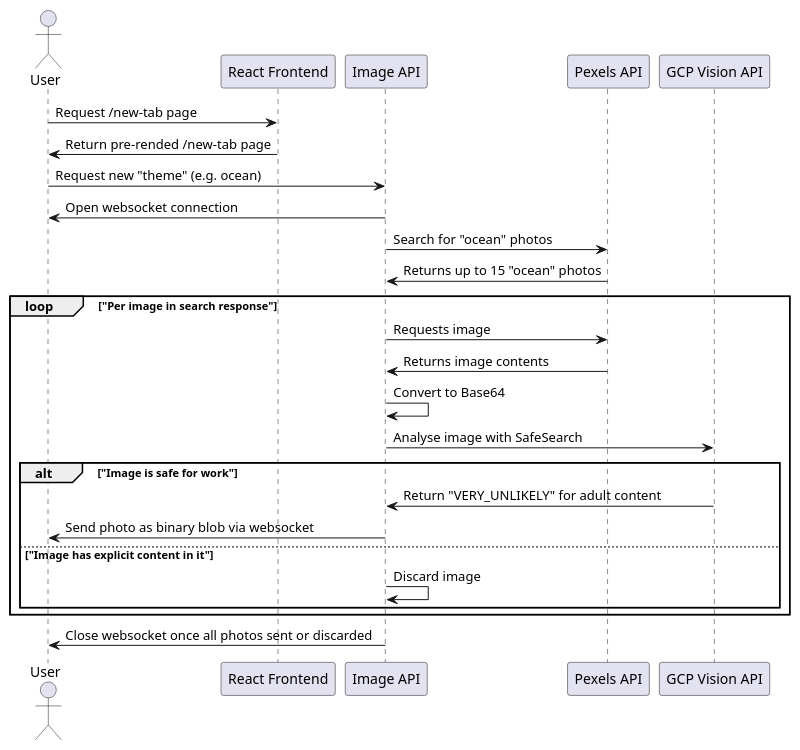
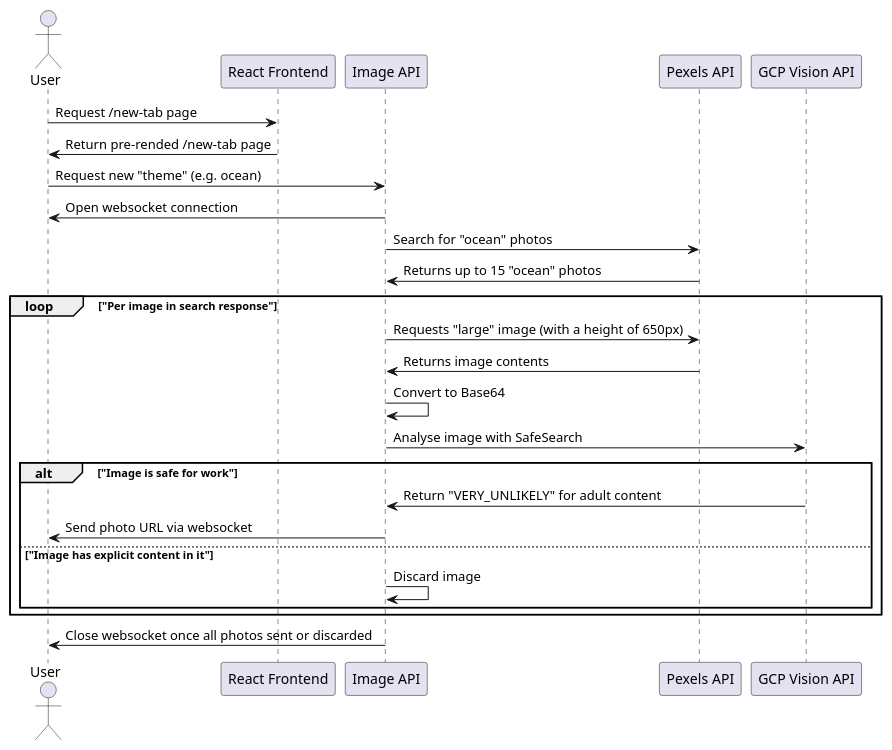
The diagram in docs/theme-picking.plantuml (MattTennison/homepage), drawn with PlantUML before and after one commit. The commit also changed 1 other file, not shown here.

Commit message:
Update docs with change of approach re: image serving

```diff
--- a/docs/theme-picking.plantuml
+++ b/docs/theme-picking.plantuml
@@ -1,32 +1,32 @@
 @startuml Theme Picking
 
 actor "User" as user
 participant "React Frontend" as frontend
 participant "Image API" as imageapi
 participant "Pexels API" as pexels
 participant "GCP Vision API" as gcpvision
 
 user -> frontend : Request /new-tab page
 user <- frontend : Return pre-rended /new-tab page
 
 user -> imageapi : Request new "theme" (e.g. ocean)
 user <- imageapi : Open websocket connection
 imageapi -> pexels : Search for "ocean" photos
 imageapi <- pexels : Returns up to 15 "ocean" photos
 
 loop "Per image in search response"
-    imageapi -> pexels : Requests image
+    imageapi -> pexels : Requests "large" image (with a height of 650px)
     imageapi <- pexels : Returns image contents
     imageapi -> imageapi : Convert to Base64
     imageapi -> gcpvision : Analyse image with SafeSearch
     alt "Image is safe for work"
     imageapi <- gcpvision : Return "VERY_UNLIKELY" for adult content
-    user <- imageapi : Send photo as binary blob via websocket
+    user <- imageapi : Send photo URL via websocket
     else "Image has explicit content in it"
     imageapi -> imageapi : Discard image
     end
 end
 
 user <- imageapi : Close websocket once all photos sent or discarded
 
 @enduml
```
